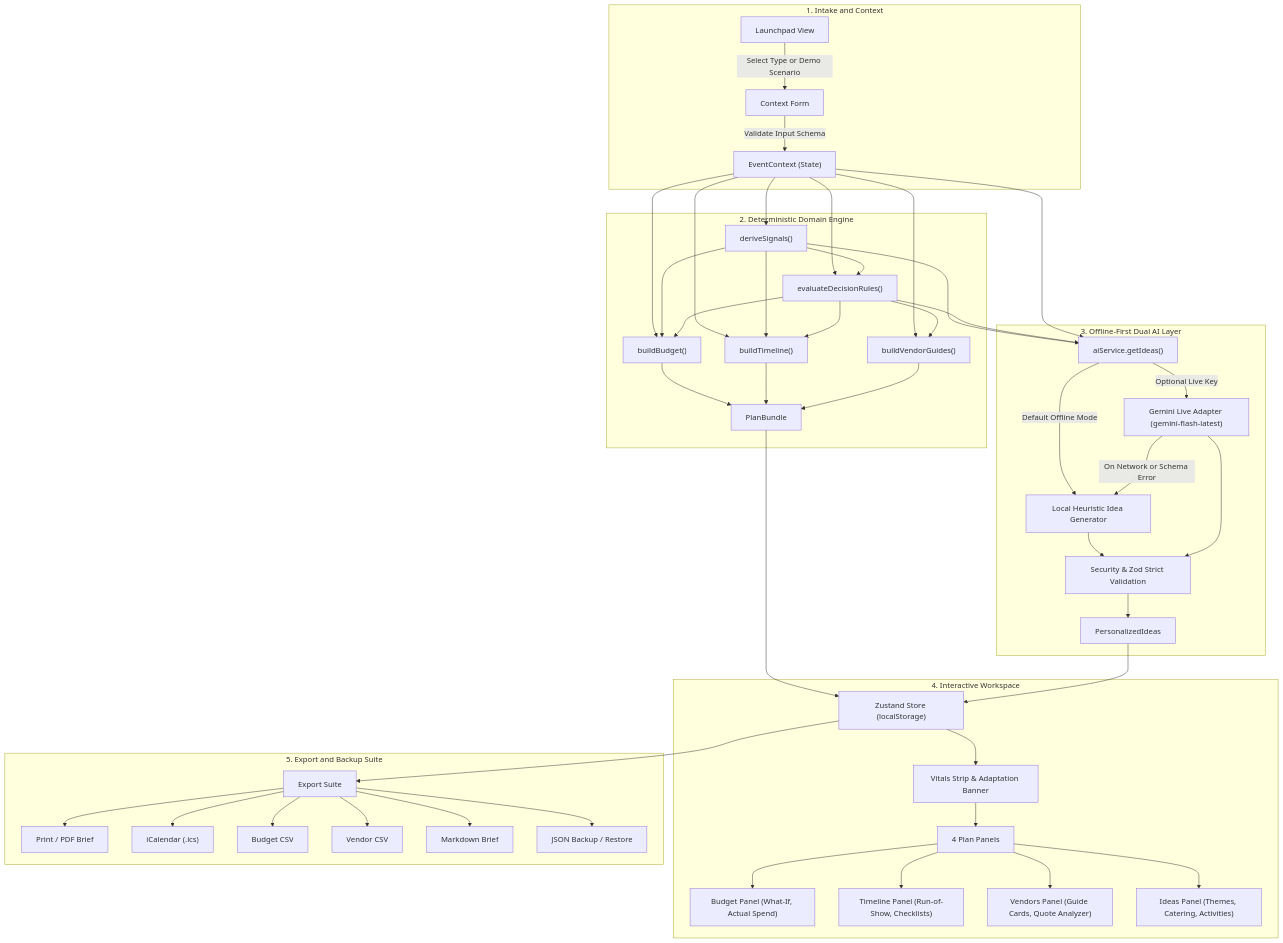
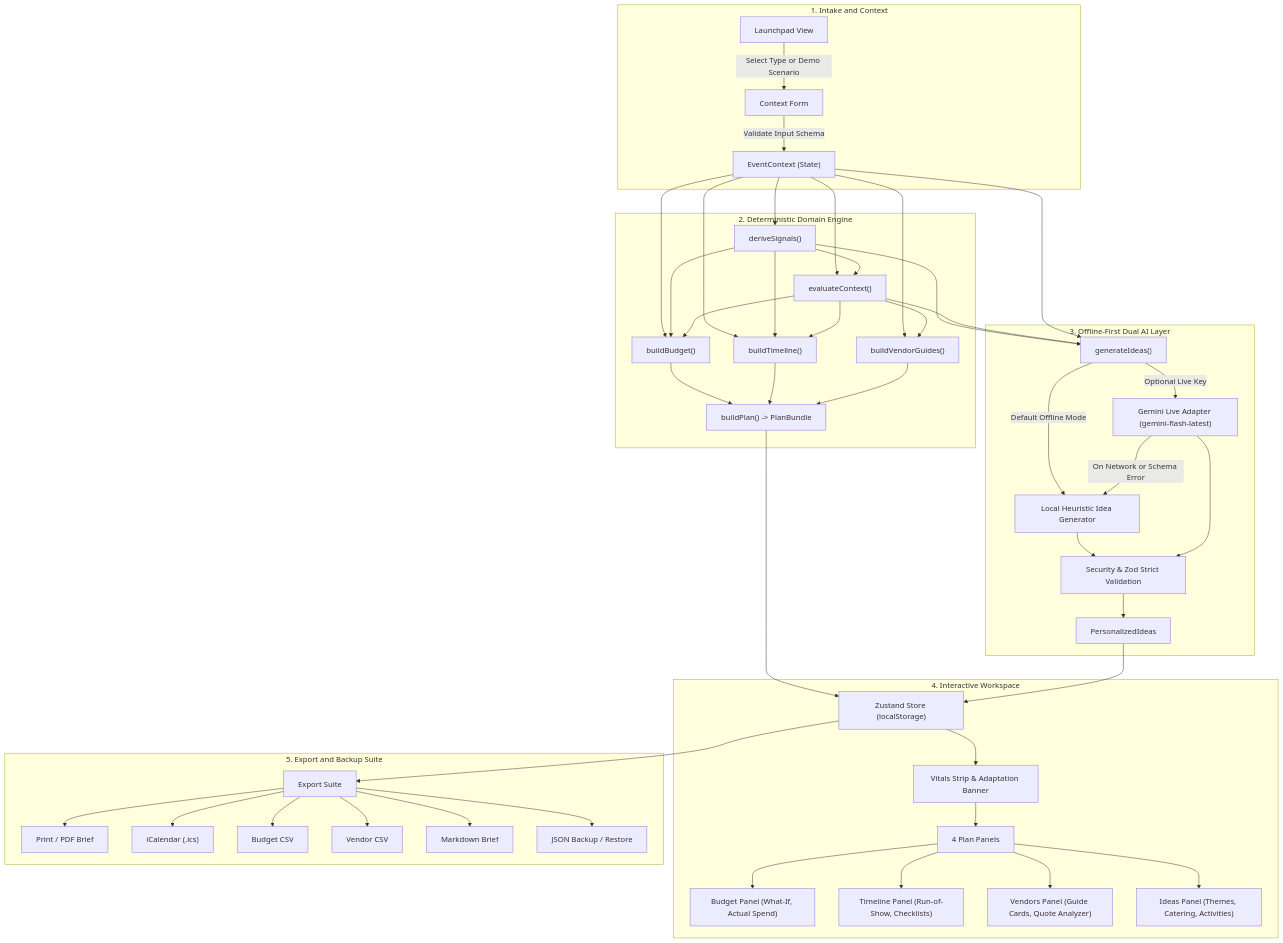
One commit to akshayjadhav237237-cmd/gather-event-planner changed the diagram in README.md. Above: the diagram before and after it, drawn with Mermaid. The commit also changed other lines of this file, not shown here.

````diff
--- a/README.md
+++ b/README.md
@@ -119,45 +119,45 @@
 ```mermaid
 flowchart TD
     subgraph S1["1. Intake and Context"]
         LP["Launchpad View"] -->|Select Type or Demo Scenario| CF["Context Form"]
         CF -->|Validate Input Schema| EC["EventContext (State)"]
     end
 
     subgraph S2["2. Deterministic Domain Engine"]
         EC --> SIG["deriveSignals()"]
-        EC & SIG --> DM["evaluateDecisionRules()"]
+        EC & SIG --> DM["evaluateContext()"]
         EC & SIG & DM --> BE["buildBudget()"]
         EC & SIG & DM --> TE["buildTimeline()"]
         EC & DM --> VE["buildVendorGuides()"]
-        BE & TE & VE --> PB["PlanBundle"]
+        BE & TE & VE --> PB["buildPlan() -> PlanBundle"]
     end
 
     subgraph S3["3. Offline-First Dual AI Layer"]
-        EC & SIG & DM --> AIS["aiService.getIdeas()"]
+        EC & SIG & DM --> AIS["generateIdeas()"]
         AIS -->|Default Offline Mode| LIG["Local Heuristic Idea Generator"]
         AIS -->|Optional Live Key| GC["Gemini Live Adapter (gemini-flash-latest)"]
         GC -->|On Network or Schema Error| LIG
         LIG & GC --> SEC["Security & Zod Strict Validation"]
         SEC --> PI["PersonalizedIdeas"]
     end
 
     subgraph S4["4. Interactive Workspace"]
         PB & PI --> ST["Zustand Store (localStorage)"]
         ST --> VS["Vitals Strip & Adaptation Banner"]
         VS --> TABS["4 Plan Panels"]
         TABS --> P1["Budget Panel (What-If, Actual Spend)"]
         TABS --> P2["Timeline Panel (Run-of-Show, Checklists)"]
         TABS --> P3["Vendors Panel (Guide Cards, Quote Analyzer)"]
         TABS --> P4["Ideas Panel (Themes, Catering, Activities)"]
     end
 
     subgraph S5["5. Export and Backup Suite"]
         ST --> EXP["Export Suite"]
         EXP --> E1["Print / PDF Brief"]
         EXP --> E2["iCalendar (.ics)"]
         EXP --> E3["Budget CSV"]
         EXP --> E4["Vendor CSV"]
         EXP --> E5["Markdown Brief"]
         EXP --> E6["JSON Backup / Restore"]
     end
 ```
````
